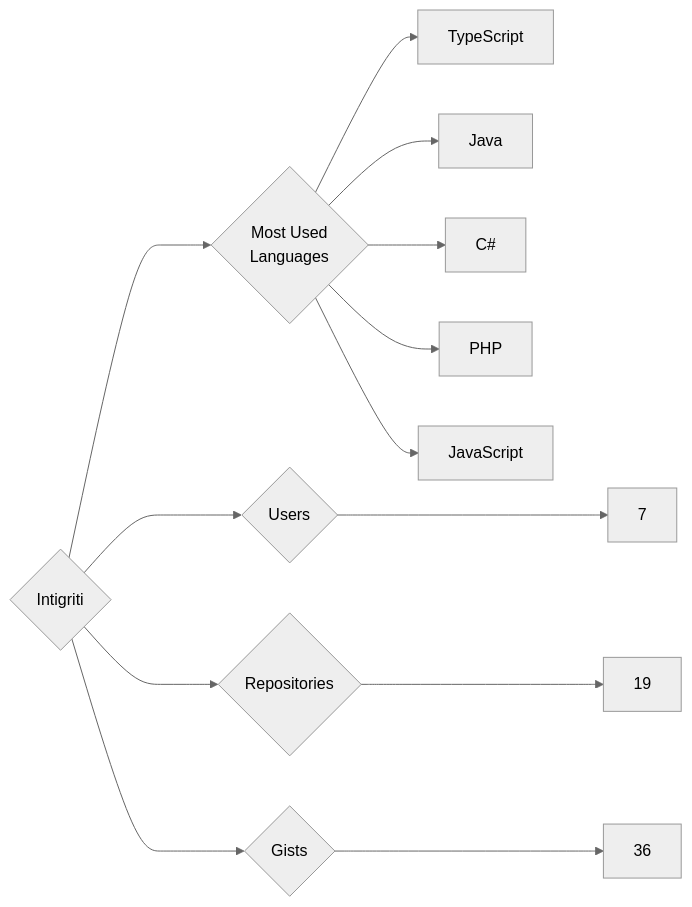
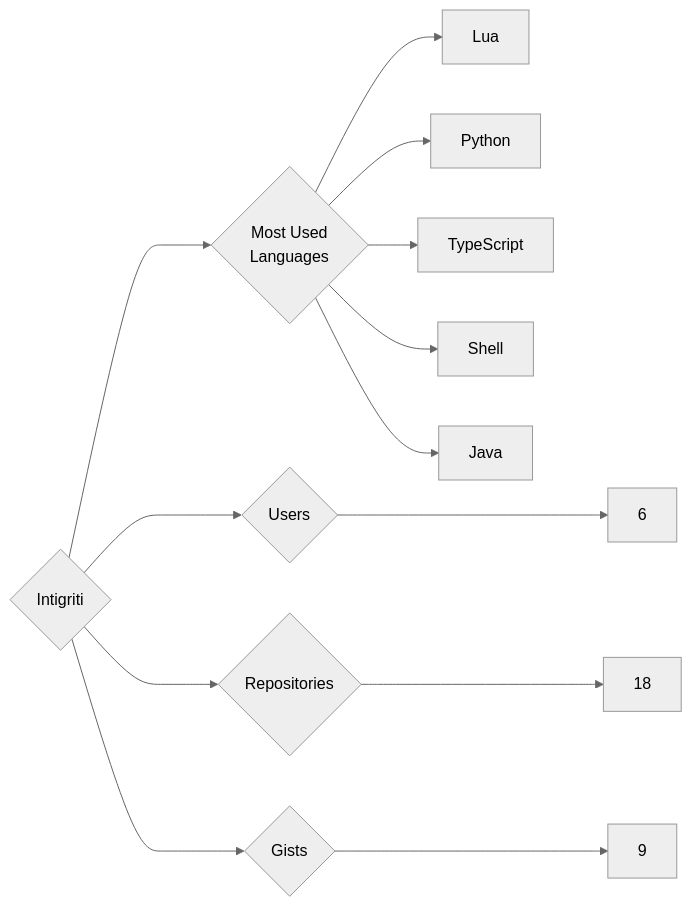
One commit to trickest/insiders changed the diagram in targets/Intigriti/README.md. Above: the diagram before and after it, drawn with Mermaid (neutral theme). The commit also changed 1120 other files, not shown here.

````diff
--- a/targets/Intigriti/README.md
+++ b/targets/Intigriti/README.md
@@ -3,13 +3,13 @@
 ```mermaid
 graph LR
 COMPANY_NAME{Intigriti}
-COMPANY_NAME ---> U{Users} ---> UN[7]
-COMPANY_NAME ---> R{Repositories} ---> RN[19]
-COMPANY_NAME ---> G{Gists} ---> GN[36]
+COMPANY_NAME ---> U{Users} ---> UN[6]
+COMPANY_NAME ---> R{Repositories} ---> RN[18]
+COMPANY_NAME ---> G{Gists} ---> GN[9]
 COMPANY_NAME ---> ML{Most Used<br>Languages}
+ML --> Lua[Lua]
+ML --> Python[Python]
 ML --> TypeScript[TypeScript]
+ML --> Shell[Shell]
 ML --> Java[Java]
-ML --> C#[C#]
-ML --> PHP[PHP]
-ML --> JavaScript[JavaScript]
 ```
````
